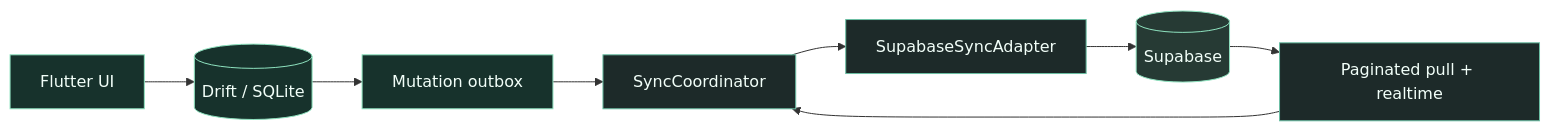
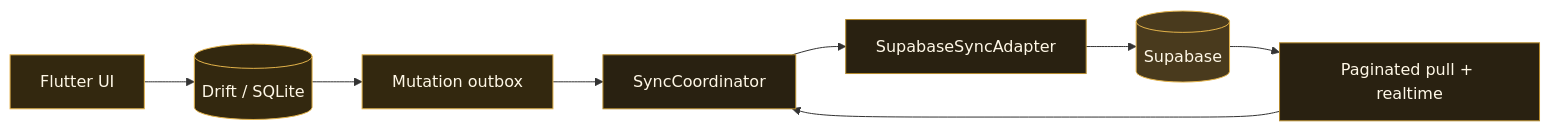
The third of 3 diagrams in README.md (madhav-manchanda/udhaM), drawn with Mermaid before and after one commit. The commit also changed other lines of this file, not shown here.

````diff
--- a/README.md
+++ b/README.md
@@ -222,17 +222,17 @@
 ```mermaid
 flowchart LR
     UI["Flutter UI"] --> DB[("Drift / SQLite")]
     DB --> OUTBOX["Mutation outbox"]
     OUTBOX --> SYNC["SyncCoordinator"]
     SYNC --> ADAPTER["SupabaseSyncAdapter"]
     ADAPTER --> CLOUD[("Supabase")]
     CLOUD --> PULL["Paginated pull + realtime"]
     PULL --> SYNC
 
-    classDef local fill:#17322C,stroke:#8FE3C0,color:#F2FFF9
-    classDef sync fill:#1D2A29,stroke:#6BBFA4,color:#F2FFF9
-    classDef cloud fill:#263A34,stroke:#8FE3C0,color:#F2FFF9
+    classDef local fill:#33280F,stroke:#E3B34B,color:#FFF8E7
+    classDef sync fill:#292111,stroke:#B58A2B,color:#FFF8E7
+    classDef cloud fill:#493A1D,stroke:#E3B34B,color:#FFF8E7
     class UI,DB,OUTBOX local
     class SYNC,ADAPTER,PULL sync
     class CLOUD cloud
 ```
````
